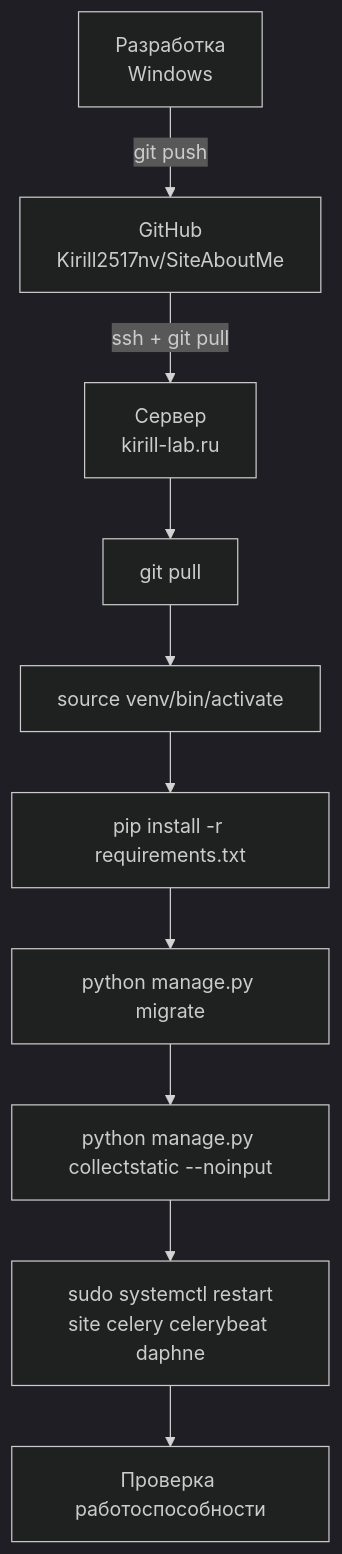
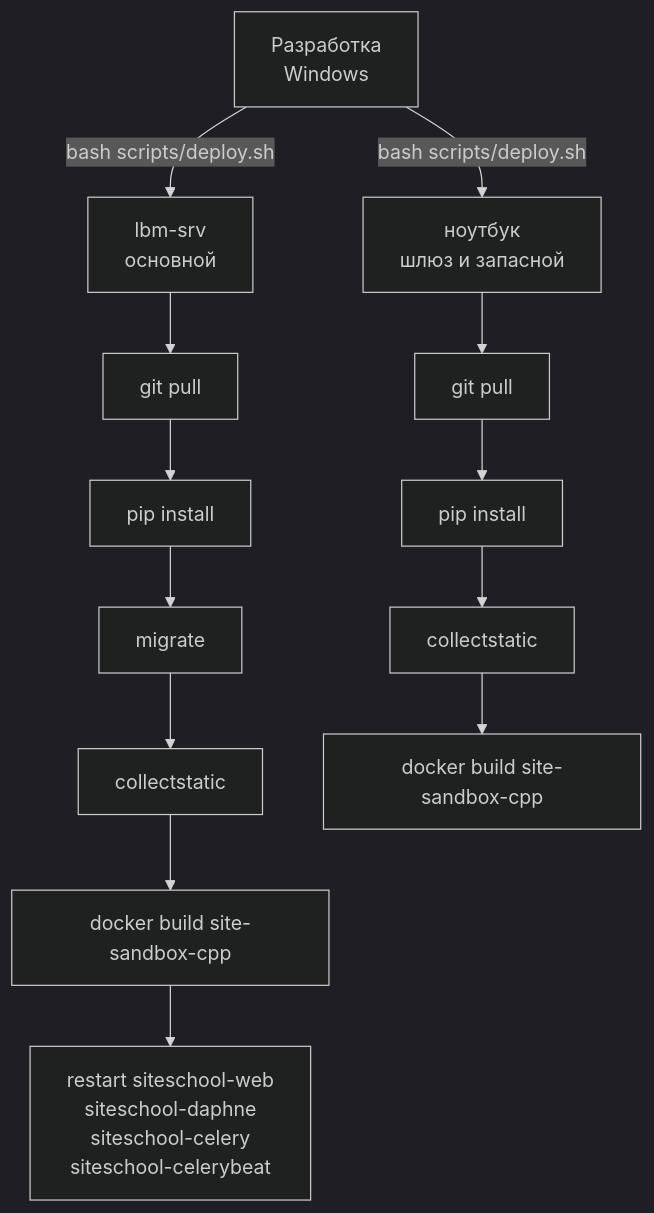
The diagram in docs/infra/deployment.md (Kirill2517nv/SiteAboutMe), drawn with Mermaid (dark theme) before and after one commit. The commit also changed other lines of this file and 16 other files, not shown here.

First line of the commit message:
infra: два сервера – lbm-srv основной, ноутбук шлюз и запасной

````diff
--- a/docs/infra/deployment.md
+++ b/docs/infra/deployment.md
@@ -5,13 +13,17 @@
 ```mermaid
 flowchart TD
-    DEV[Разработка\nWindows] -->|"git push"| GH[GitHub\nKirill2517nv/SiteAboutMe]
-    GH -->|"ssh + git pull"| SERVER[Сервер\nkirill-lab.ru]
+    DEV[Разработка\nWindows] -->|"bash scripts/deploy.sh"| LBM[lbm-srv\nосновной]
+    DEV -->|"bash scripts/deploy.sh"| LAPTOP[ноутбук\nшлюз и запасной]
 
-    SERVER --> PULL[git pull]
-    PULL --> VENV[source venv/bin/activate]
-    VENV --> PIP[pip install -r requirements.txt]
-    PIP --> MIGRATE[python manage.py migrate]
-    MIGRATE --> STATIC[python manage.py collectstatic --noinput]
-    STATIC --> RESTART["sudo systemctl restart\nsite celery celerybeat daphne"]
-    RESTART --> VERIFY[Проверка работоспособности]
+    LBM --> L_PULL[git pull]
+    L_PULL --> L_PIP[pip install]
+    L_PIP --> L_MIG[migrate]
+    L_MIG --> L_STATIC[collectstatic]
+    L_STATIC --> L_DOCKER[docker build site-sandbox-cpp]
+    L_DOCKER --> L_RESTART["restart siteschool-web\nsiteschool-daphne\nsiteschool-celery\nsiteschool-celerybeat"]
+
+    LAPTOP --> S_PULL[git pull]
+    S_PULL --> S_PIP[pip install]
+    S_PIP --> S_STATIC[collectstatic]
+    S_STATIC --> S_DOCKER[docker build site-sandbox-cpp]
 ```
````
